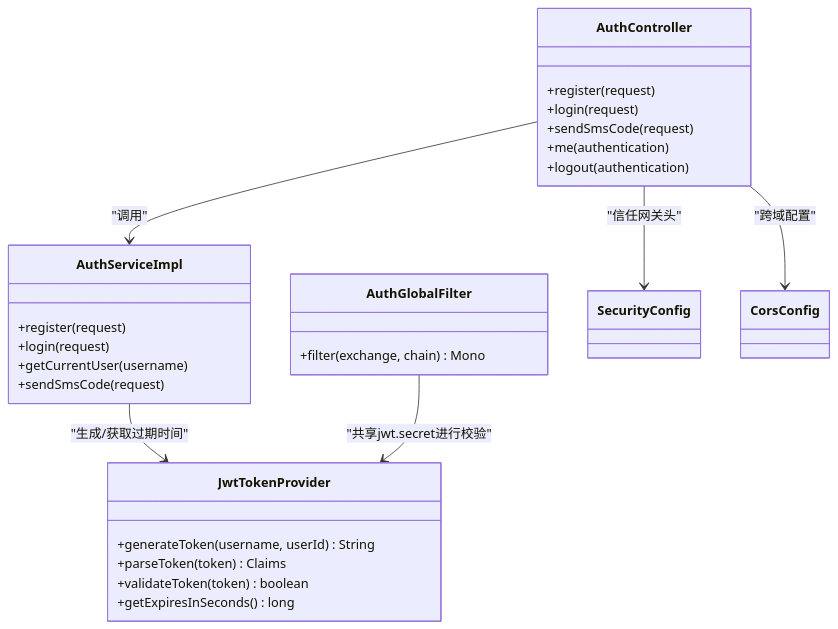
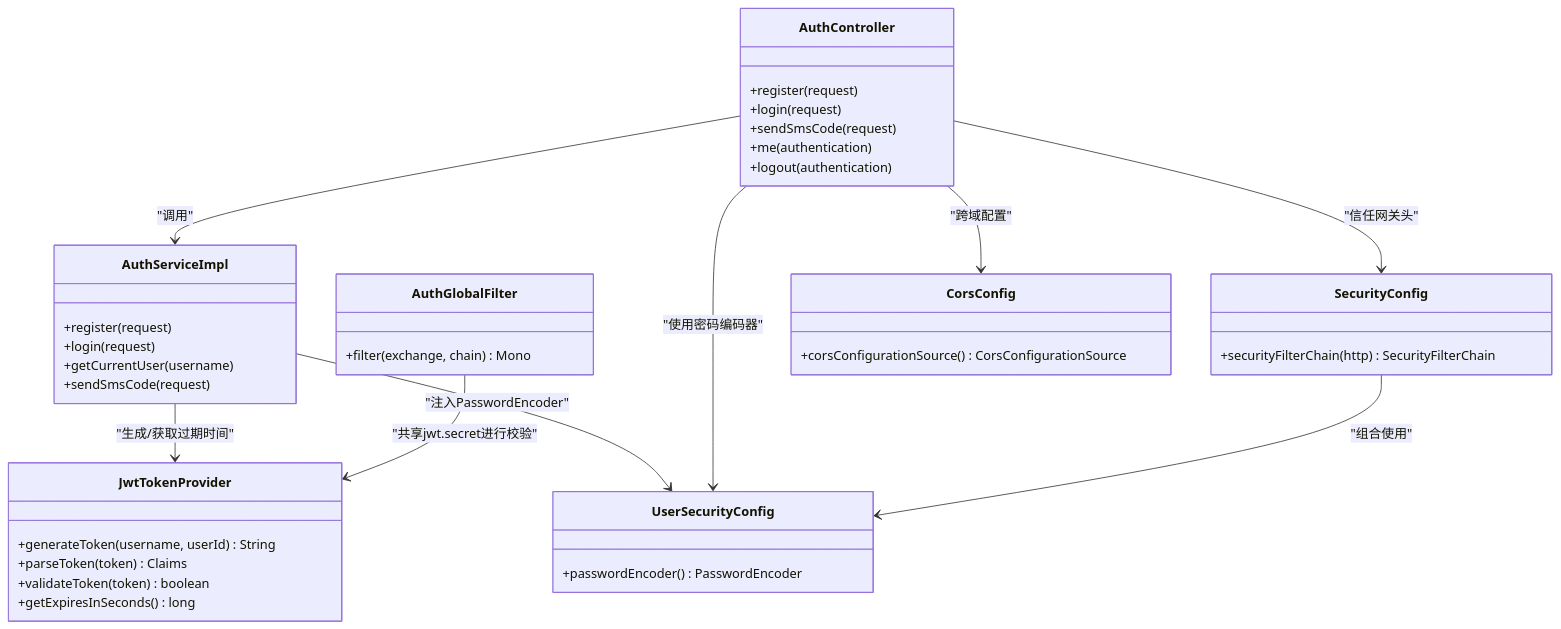
One commit to haohailiang/qoder-fullstack changed the third of 3 diagrams in .qoder/repowiki/zh/content/后端架构设计/用户服务/用户认证系统.md. Above: the diagram before and after it, drawn with Mermaid. The commit also changed other lines of this file and 36 other files, not shown here.

````diff
--- a/.qoder/repowiki/zh/content/后端架构设计/用户服务/用户认证系统.md
+++ b/.qoder/repowiki/zh/content/后端架构设计/用户服务/用户认证系统.md
@@ -237,32 +270,42 @@
 ```mermaid
 classDiagram
 class AuthController {
 +register(request)
 +login(request)
 +sendSmsCode(request)
 +me(authentication)
 +logout(authentication)
 }
 class AuthServiceImpl {
 +register(request)
 +login(request)
 +getCurrentUser(username)
 +sendSmsCode(request)
 }
 class JwtTokenProvider {
 +generateToken(username, userId) String
 +parseToken(token) Claims
 +validateToken(token) boolean
 +getExpiresInSeconds() long
 }
 class AuthGlobalFilter {
 +filter(exchange, chain) Mono<Void>
 }
-class SecurityConfig
-class CorsConfig
+class SecurityConfig {
++securityFilterChain(http) SecurityFilterChain
+}
+class UserSecurityConfig {
++passwordEncoder() PasswordEncoder
+}
+class CorsConfig {
++corsConfigurationSource() CorsConfigurationSource
+}
 AuthController --> AuthServiceImpl : "调用"
 AuthServiceImpl --> JwtTokenProvider : "生成/获取过期时间"
+AuthServiceImpl --> UserSecurityConfig : "注入PasswordEncoder"
 AuthGlobalFilter --> JwtTokenProvider : "共享jwt.secret进行校验"
 AuthController --> SecurityConfig : "信任网关头"
+AuthController --> UserSecurityConfig : "使用密码编码器"
 AuthController --> CorsConfig : "跨域配置"
+SecurityConfig --> UserSecurityConfig : "组合使用"
 ```
````
